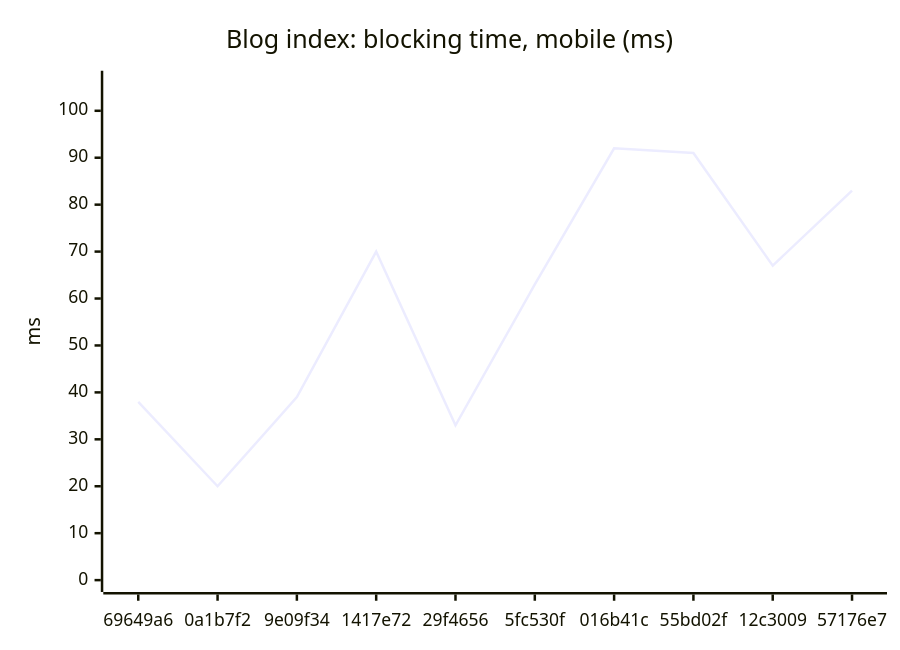
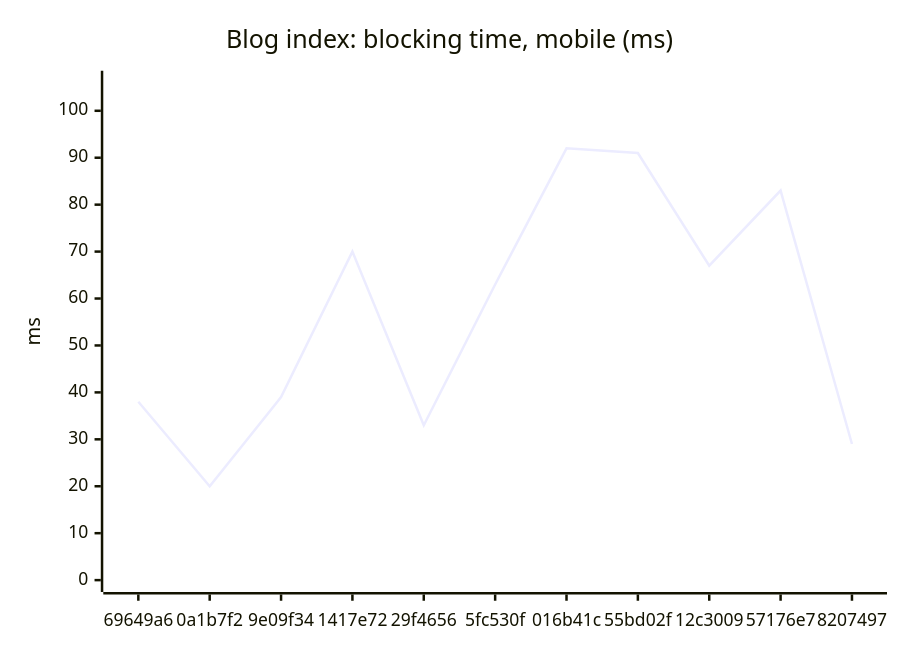
Before and after one commit to AxelUser/maltsev.space: the fourth of 18 diagrams in README.md, drawn with Mermaid. The commit also changed other lines of this file and 1 other file, not shown here.

````diff
--- a/README.md
+++ b/README.md
@@ -61,7 +61,7 @@
 ```mermaid
 xychart-beta
   title "Blog index: blocking time, mobile (ms)"
-  x-axis ["69649a6", "0a1b7f2", "9e09f34", "1417e72", "29f4656", "5fc530f", "016b41c", "55bd02f", "12c3009", "57176e7"]
+  x-axis ["69649a6", "0a1b7f2", "9e09f34", "1417e72", "29f4656", "5fc530f", "016b41c", "55bd02f", "12c3009", "57176e7", "8207497"]
   y-axis "ms" 0 --> 106
-  line [38, 20, 39, 70, 33, 63, 92, 91, 67, 83]
+  line [38, 20, 39, 70, 33, 63, 92, 91, 67, 83, 29]
 ```
````
